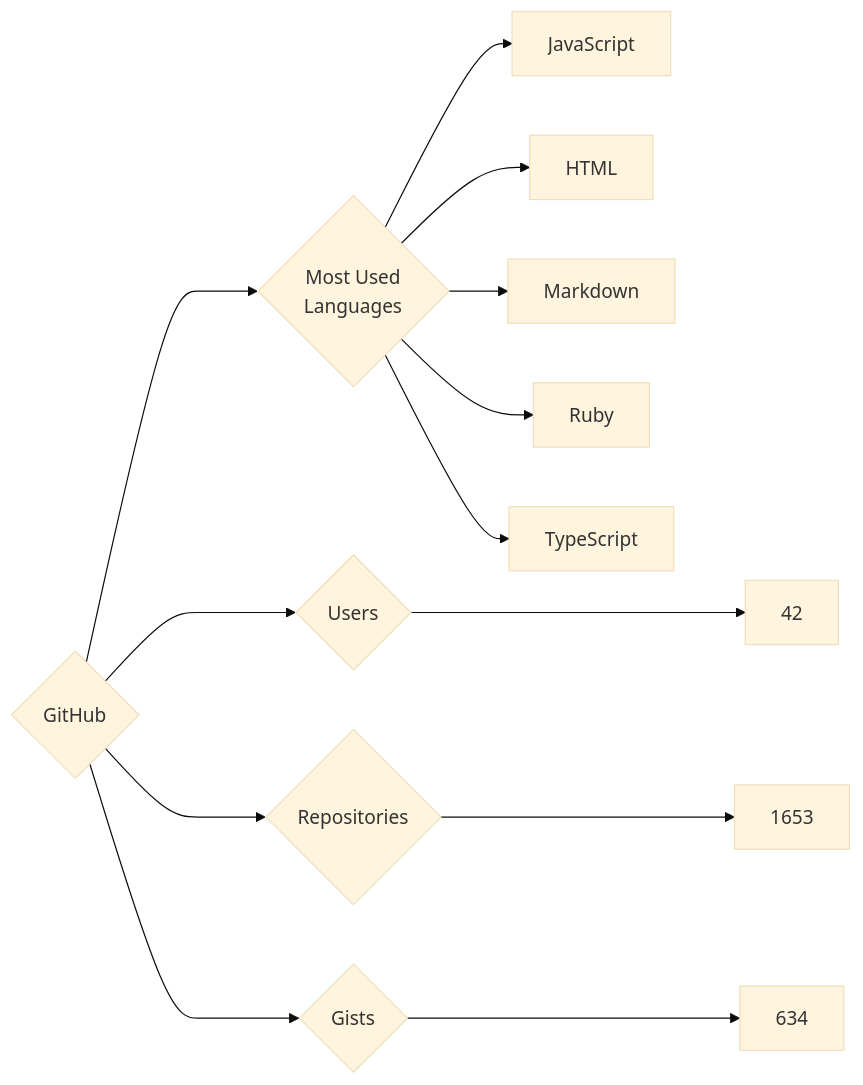
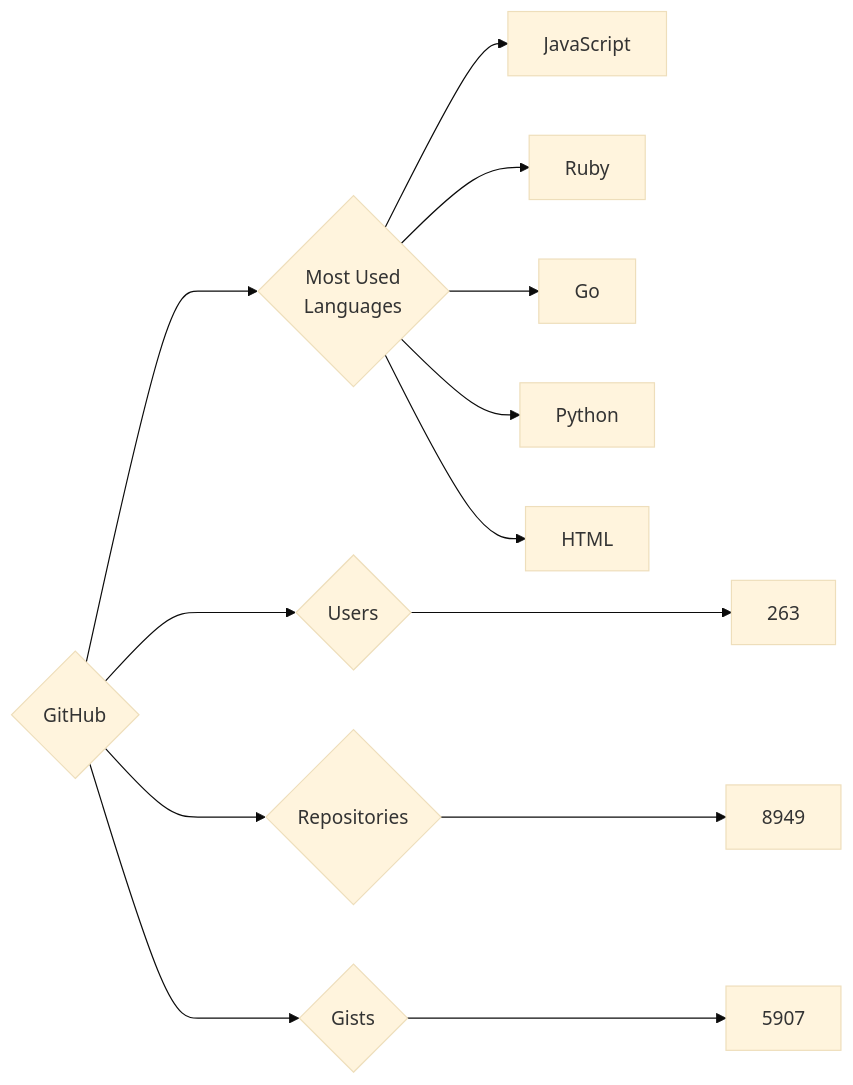
One commit to trickest/insiders changed the diagram in targets/GitHub/README.md. Above: the diagram before and after it, drawn with Mermaid (base theme). The commit also changed 745 other files, not shown here.

````diff
--- a/targets/GitHub/README.md
+++ b/targets/GitHub/README.md
@@ -3,13 +3,13 @@
 ```mermaid
 graph LR
 COMPANY_NAME{GitHub}
-COMPANY_NAME ---> U{Users} ---> UN[42]
-COMPANY_NAME ---> R{Repositories} ---> RN[1653]
-COMPANY_NAME ---> G{Gists} ---> GN[634]
+COMPANY_NAME ---> U{Users} ---> UN[263]
+COMPANY_NAME ---> R{Repositories} ---> RN[8949]
+COMPANY_NAME ---> G{Gists} ---> GN[5907]
 COMPANY_NAME ---> ML{Most Used<br>Languages}
 ML --> JavaScript[JavaScript]
+ML --> Ruby[Ruby]
+ML --> Go[Go]
+ML --> Python[Python]
 ML --> HTML[HTML]
-ML --> Markdown[Markdown]
-ML --> Ruby[Ruby]
-ML --> TypeScript[TypeScript]
 ```
````
